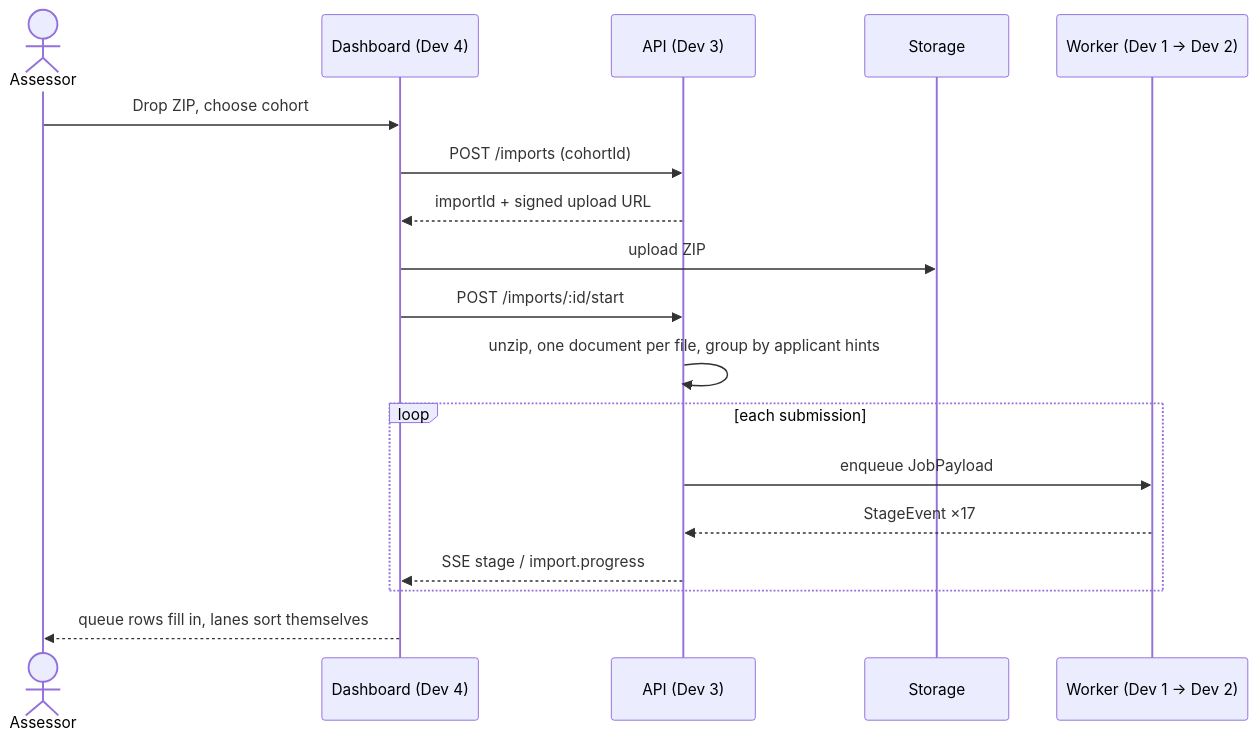
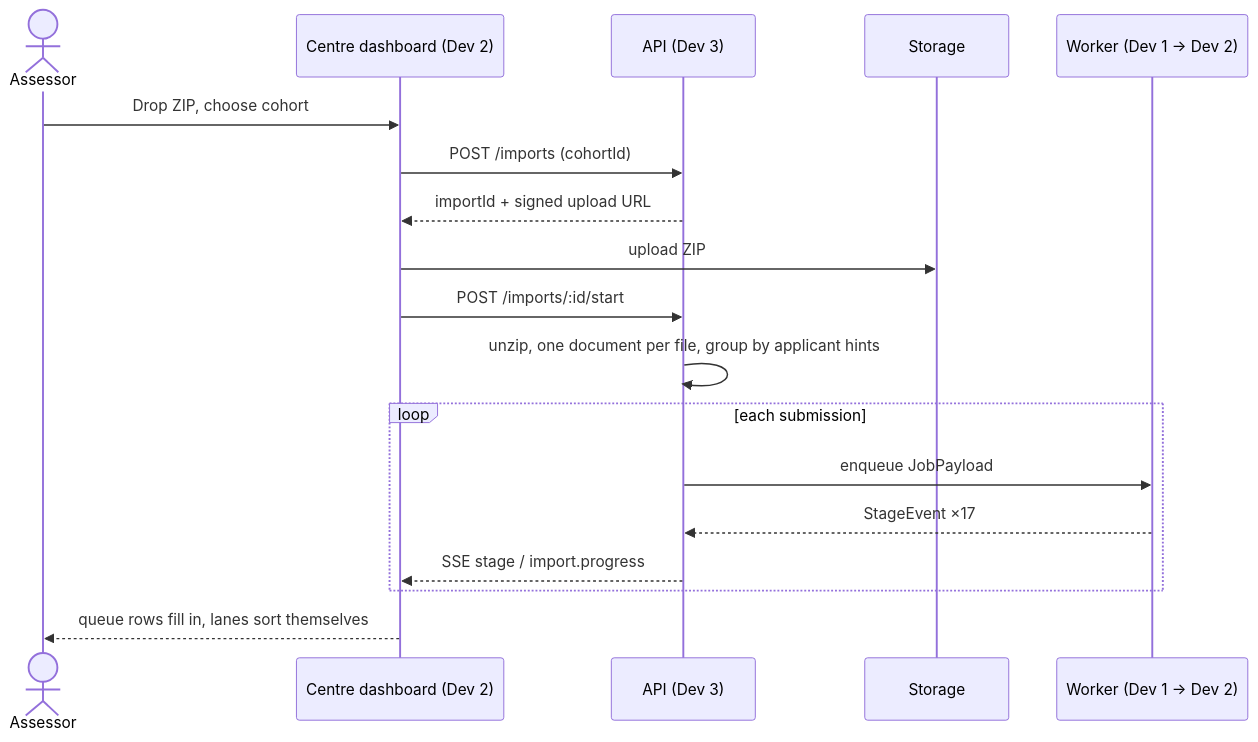
One commit to VyomVyas4765/PitchPrism changed the third of 6 diagrams in docs/flow.md. Above: the diagram before and after it, drawn with Mermaid. The commit also changed other lines of this file and 109 other files, not shown here.

````diff
--- a/docs/flow.md
+++ b/docs/flow.md
@@ -124,20 +128,20 @@
 ```mermaid
 sequenceDiagram
     actor A as Assessor
-    participant WEB as Dashboard (Dev 4)
+    participant WEB as Centre dashboard (Dev 2)
     participant API as API (Dev 3)
     participant S3 as Storage
     participant WK as Worker (Dev 1 → Dev 2)
     A->>WEB: Drop ZIP, choose cohort
     WEB->>API: POST /imports (cohortId)
     API-->>WEB: importId + signed upload URL
     WEB->>S3: upload ZIP
     WEB->>API: POST /imports/:id/start
     API->>API: unzip, one document per file, group by applicant hints
     loop each submission
         API->>WK: enqueue JobPayload
         WK-->>API: StageEvent ×17
         API-->>WEB: SSE stage / import.progress
     end
     WEB-->>A: queue rows fill in, lanes sort themselves
 ```
````
